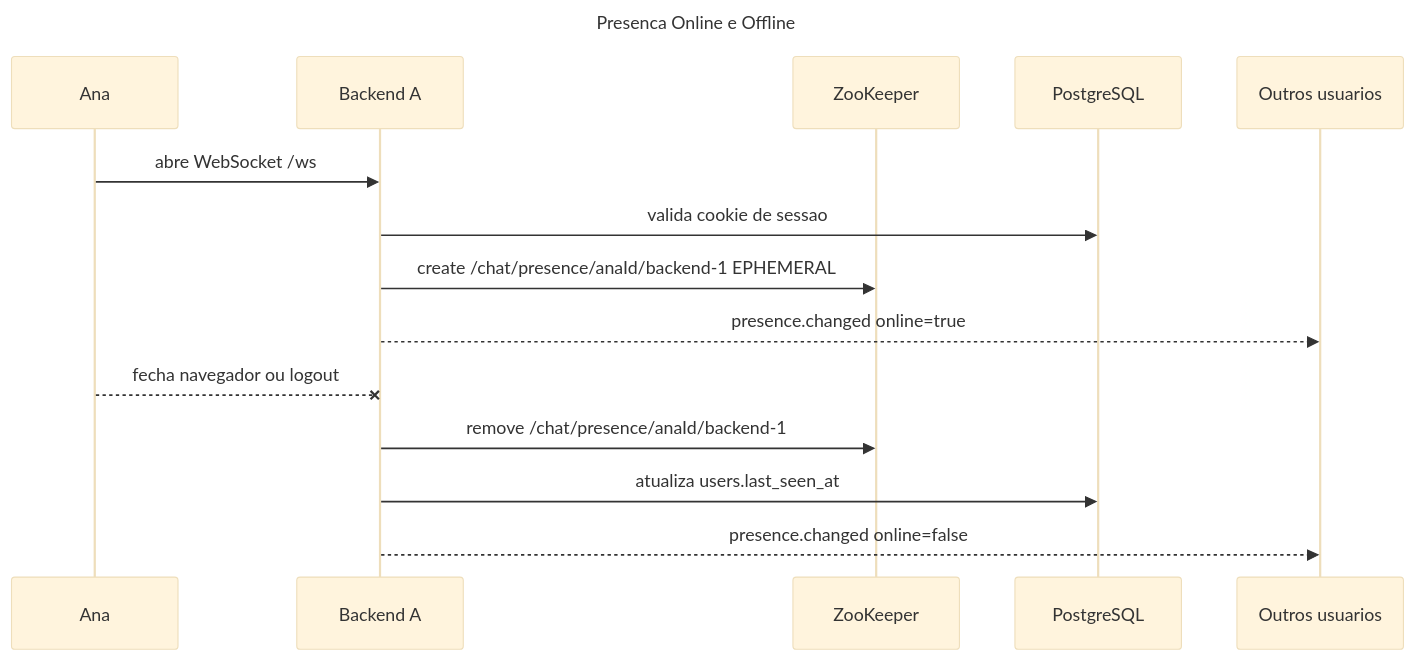
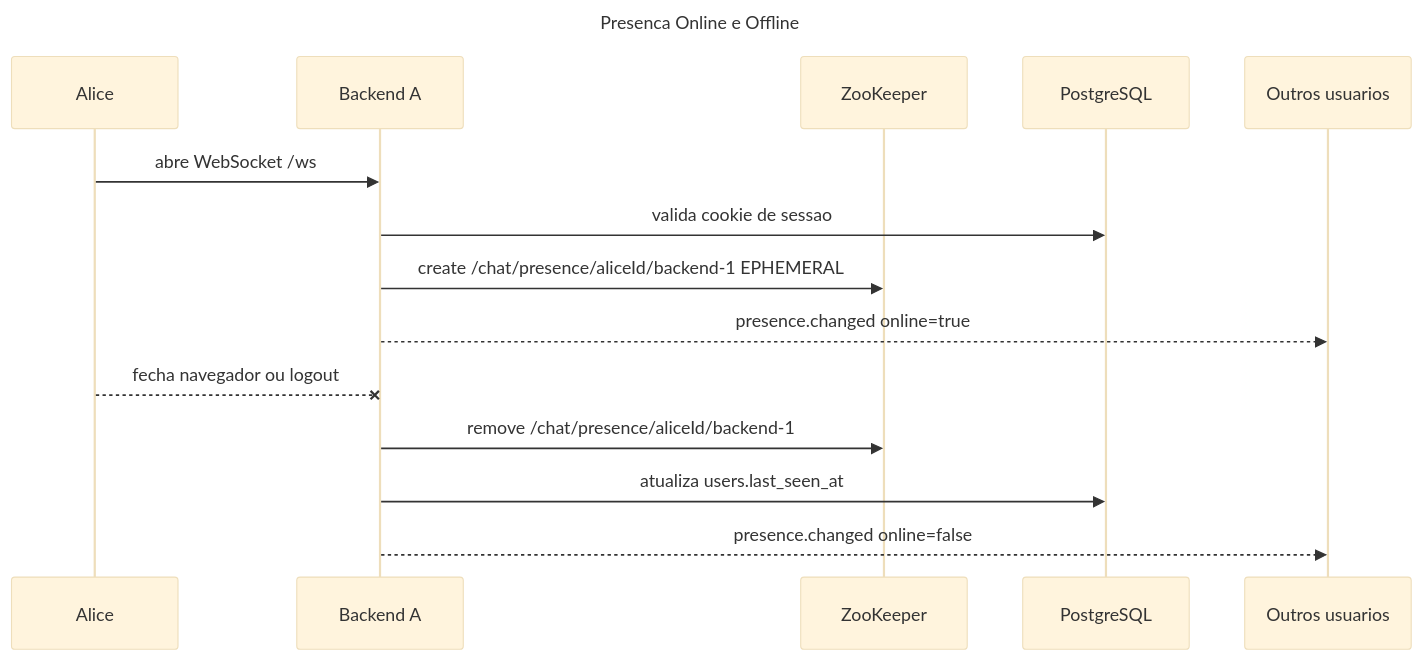
One commit to jvmr1/chat-distribuido changed the fifth of 10 diagrams in docs/diagrams.md. Above: the diagram before and after it, drawn with Mermaid (base theme). The commit also changed other lines of this file and 7 other files, not shown here.

````diff
--- a/docs/diagrams.md
+++ b/docs/diagrams.md
@@ -135,21 +135,21 @@
 ```mermaid
 ---
 title: Presenca Online e Offline
 ---
 sequenceDiagram
-  participant Ana as Ana
+  participant Alice as Alice
   participant B1 as Backend A
   participant ZK as ZooKeeper
   participant DB as PostgreSQL
   participant Outros as Outros usuarios
 
-  Ana->>B1: abre WebSocket /ws
+  Alice->>B1: abre WebSocket /ws
   B1->>DB: valida cookie de sessao
-  B1->>ZK: create /chat/presence/anaId/backend-1 EPHEMERAL
+  B1->>ZK: create /chat/presence/aliceId/backend-1 EPHEMERAL
   B1-->>Outros: presence.changed online=true
 
-  Ana--xB1: fecha navegador ou logout
-  B1->>ZK: remove /chat/presence/anaId/backend-1
+  Alice--xB1: fecha navegador ou logout
+  B1->>ZK: remove /chat/presence/aliceId/backend-1
   B1->>DB: atualiza users.last_seen_at
   B1-->>Outros: presence.changed online=false
 ```
````
